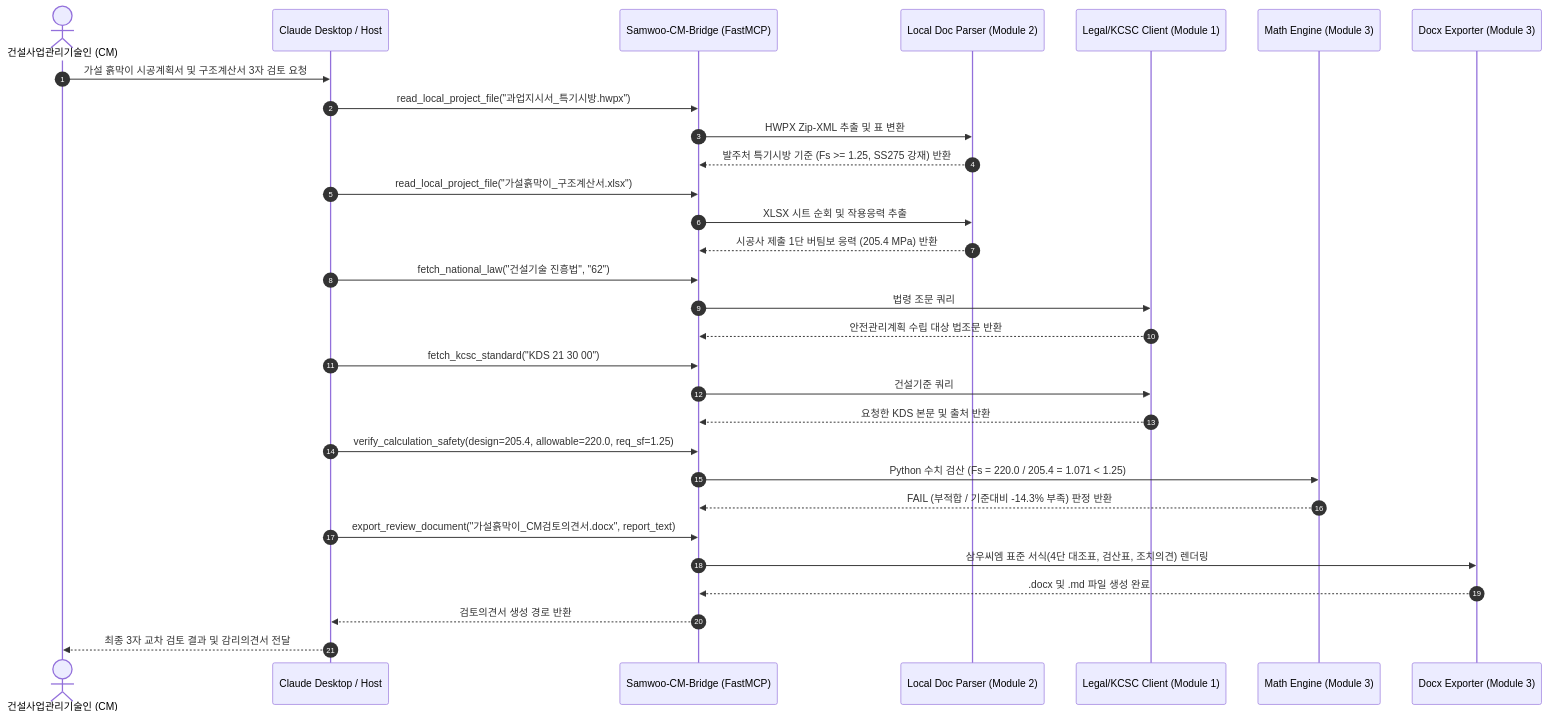
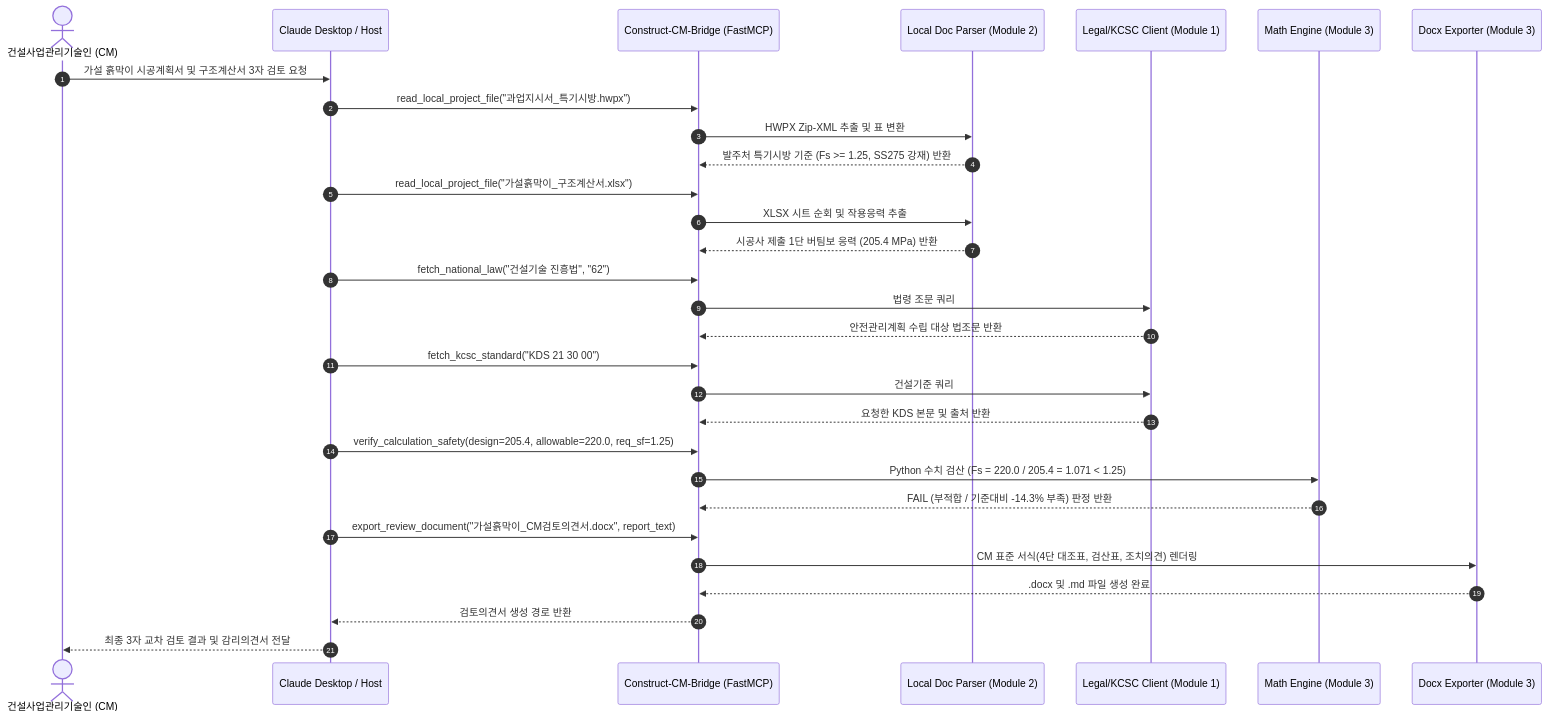
Before and after one commit to SkillfulBasher1/construct-cm-bridge: the diagram in ARCHITECTURE.md, drawn with Mermaid. The commit also changed other lines of this file and 184 other files, not shown here.

Commit message:
docs: remove Construct/corporate references from README, architecture, templates and tests; add construct_cm_bridge package alias

````diff
--- a/ARCHITECTURE.md
+++ b/ARCHITECTURE.md
@@ -54,38 +54,38 @@
 ```mermaid
 sequenceDiagram
     autonumber
     actor CM as 건설사업관리기술인 (CM)
     participant Host as Claude Desktop / Host
-    participant MCP as Samwoo-CM-Bridge (FastMCP)
+    participant MCP as Construct-CM-Bridge (FastMCP)
     participant Parser as Local Doc Parser (Module 2)
     participant API as Legal/KCSC Client (Module 1)
     participant Math as Math Engine (Module 3)
     participant Exp as Docx Exporter (Module 3)
 
     CM->>Host: 가설 흙막이 시공계획서 및 구조계산서 3자 검토 요청
     Host->>MCP: read_local_project_file("과업지시서_특기시방.hwpx")
     MCP->>Parser: HWPX Zip-XML 추출 및 표 변환
     Parser-->>MCP: 발주처 특기시방 기준 (Fs >= 1.25, SS275 강재) 반환
     
     Host->>MCP: read_local_project_file("가설흙막이_구조계산서.xlsx")
     MCP->>Parser: XLSX 시트 순회 및 작용응력 추출
     Parser-->>MCP: 시공사 제출 1단 버팀보 응력 (205.4 MPa) 반환
 
     Host->>MCP: fetch_national_law("건설기술 진흥법", "62")
     MCP->>API: 법령 조문 쿼리
     API-->>MCP: 안전관리계획 수립 대상 법조문 반환
 
     Host->>MCP: fetch_kcsc_standard("KDS 21 30 00")
     MCP->>API: 건설기준 쿼리
     API-->>MCP: 요청한 KDS 본문 및 출처 반환
 
     Host->>MCP: verify_calculation_safety(design=205.4, allowable=220.0, req_sf=1.25)
     MCP->>Math: Python 수치 검산 (Fs = 220.0 / 205.4 = 1.071 < 1.25)
     Math-->>MCP: FAIL (부적합 / 기준대비 -14.3% 부족) 판정 반환
 
     Host->>MCP: export_review_document("가설흙막이_CM검토의견서.docx", report_text)
-    MCP->>Exp: 삼우씨엠 표준 서식(4단 대조표, 검산표, 조치의견) 렌더링
+    MCP->>Exp: CM 표준 서식(4단 대조표, 검산표, 조치의견) 렌더링
     Exp-->>MCP: .docx 및 .md 파일 생성 완료
     MCP-->>Host: 검토의견서 생성 경로 반환
     Host-->>CM: 최종 3자 교차 검토 결과 및 감리의견서 전달
 ```
````
